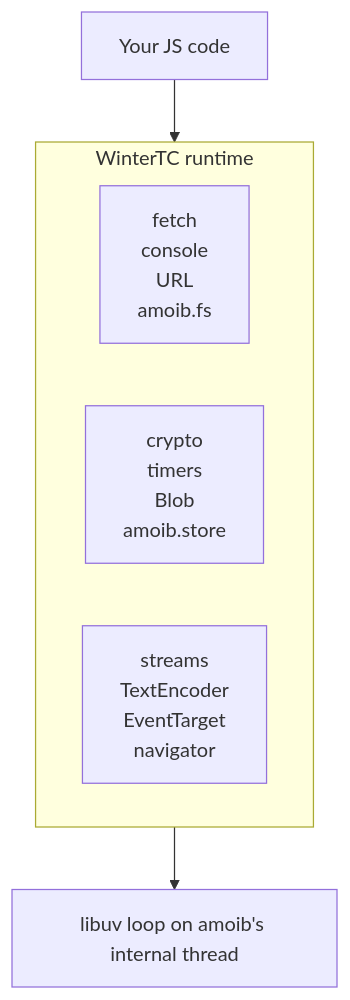
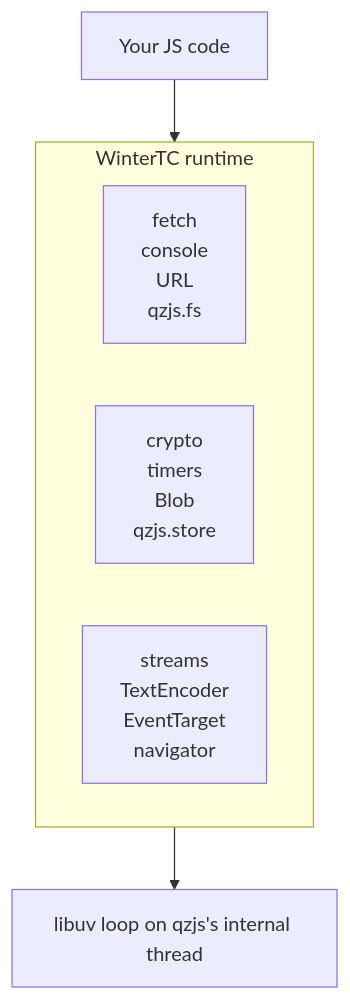
Before and after one commit to adam-ikari/qwrt: the diagram in docs/js-api/index.md, drawn with Mermaid. The commit also changed other lines of this file and 349 other files, not shown here.

````diff
--- a/docs/js-api/index.md
+++ b/docs/js-api/index.md
@@ -12,11 +12,11 @@
 ```mermaid
 flowchart TB
     A["Your JS code"] --> B
     subgraph B["WinterTC runtime"]
         direction LR
-        C["fetch<br/>console<br/>URL<br/>amoib.fs"]
-        D["crypto<br/>timers<br/>Blob<br/>amoib.store"]
+        C["fetch<br/>console<br/>URL<br/>qzjs.fs"]
+        D["crypto<br/>timers<br/>Blob<br/>qzjs.store"]
         E["streams<br/>TextEncoder<br/>EventTarget<br/>navigator"]
     end
-    B --> G["libuv loop on amoib's internal thread"]
+    B --> G["libuv loop on qzjs's internal thread"]
 ```
````
